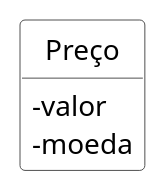
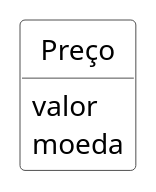
One commit to kyriosdata/oo changed the diagram in imagens/modelos-03/mod03ima08/mod03ima08.plantuml. Above: the diagram before and after it, drawn with PlantUML. The commit also changed 1 other file, not shown here.

```diff
--- a/imagens/modelos-03/mod03ima08/mod03ima08.plantuml
+++ b/imagens/modelos-03/mod03ima08/mod03ima08.plantuml
@@ -1,15 +1,15 @@
 @startuml mod03ima08
 hide circle
 hide methods
 hide empty members
 
 skinparam class {
     BackgroundColor White
     ArrowColor Black
     BorderColor #505050
 }
 skinparam ClassAttributeIconSize 0
 class "Preço" as pr 
-pr : - valor 
-pr : - moeda
+pr : valor 
+pr : moeda
 @enduml
```
